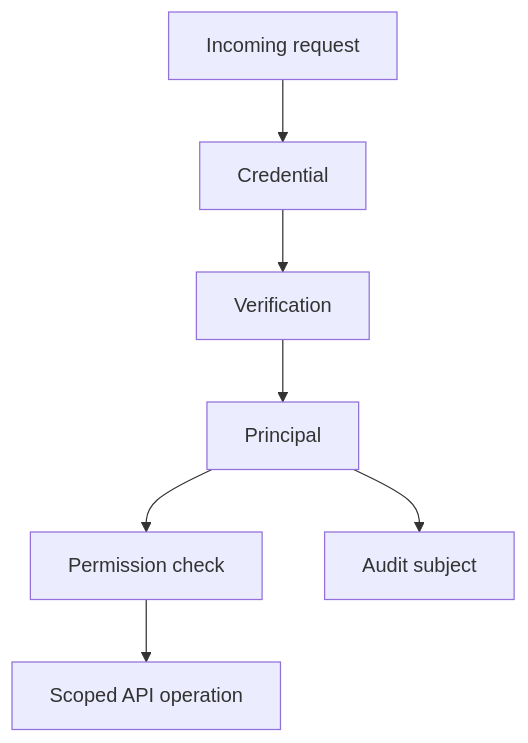
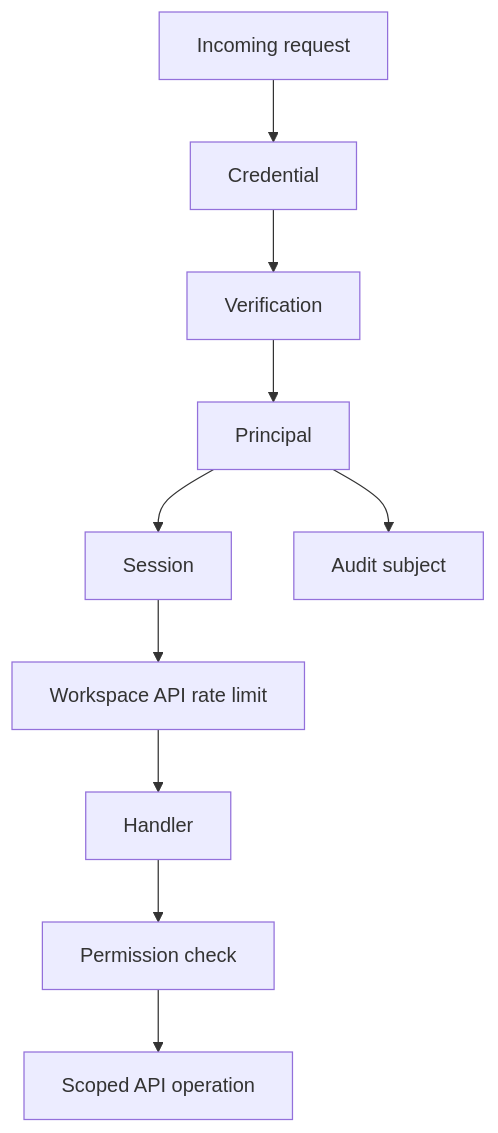
The first of 4 diagrams in docs/engineering/architecture/services/api/api-design/auth.mdx (unkeyed/unkey), drawn with Mermaid before and after one commit. The commit also changed other lines of this file and 338 other files, not shown here.

````diff
--- a/docs/engineering/architecture/services/api/api-design/auth.mdx
+++ b/docs/engineering/architecture/services/api/api-design/auth.mdx
@@ -24,9 +26,12 @@
 ```mermaid
 flowchart TD
     A["Incoming request"] --> B["Credential"]
     B --> C["Verification"]
     C --> D["Principal"]
-    D --> E["Permission check"]
-    E --> F["Scoped API operation"]
-    D --> G["Audit subject"]
+    D --> E["Session"]
+    E --> F["Workspace API rate limit"]
+    F --> G["Handler"]
+    G --> H["Permission check"]
+    H --> I["Scoped API operation"]
+    D --> J["Audit subject"]
 ```
````
